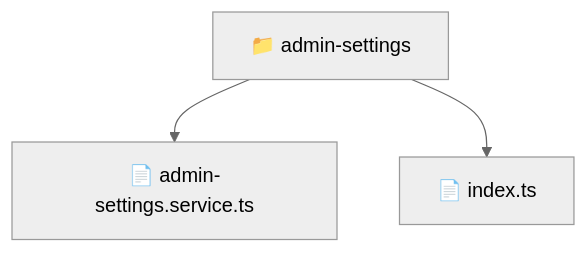
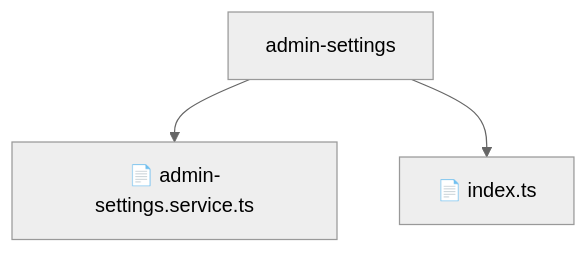
One commit to beginwebdev2002/fullstack-mavluda changed the diagram in frontend/src/entities/admin-settings/README.md. Above: the diagram before and after it, drawn with Mermaid (neutral theme). The commit also changed other lines of this file and 155 other files, not shown here.

````diff
--- a/frontend/src/entities/admin-settings/README.md
+++ b/frontend/src/entities/admin-settings/README.md
@@ -10,6 +14,6 @@
 ```mermaid
 graph TD
-  Root["📁 admin-settings"]
-  Root --> adminsettingsservicets["📄 admin-settings.service.ts"]
-  Root --> indexts["📄 index.ts"]
+    Root[admin-settings]
+    Root --> F0[📄 admin-settings.service.ts]
+    Root --> F1[📄 index.ts]
 ```
````
